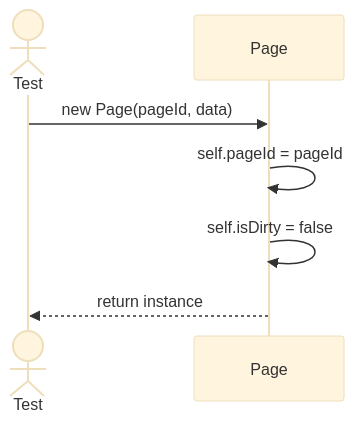
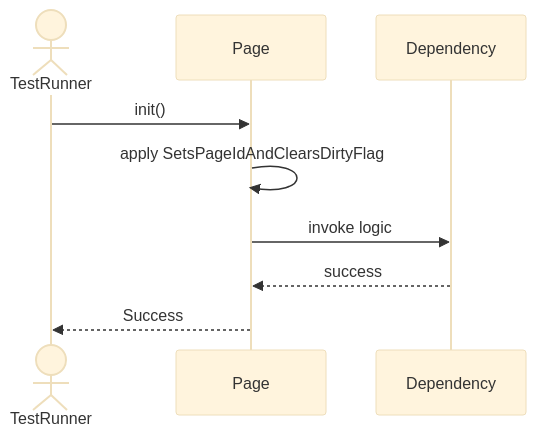
The first of 7 diagrams in Sequences/StorageEngine/Page.md (TamBui1706/DBMS), drawn with Mermaid (base theme) before and after one commit. The commit also changed other lines of this file and 63 other files, not shown here.

Commit message:
Draw sequence diagram for unit tests

````diff
--- a/Sequences/StorageEngine/Page.md
+++ b/Sequences/StorageEngine/Page.md
@@ -14,10 +22,10 @@
 ```mermaid
 sequenceDiagram
-    actor Test
+    actor TestRunner
     participant Page
-
-    Test->>Page: new Page(pageId, data)
-    Page->>Page: self.pageId = pageId
-    Page->>Page: self.isDirty = false
-    Page-->>Test: return instance
+    TestRunner->>Page: init()
+    Page->>Page: apply SetsPageIdAndClearsDirtyFlag
+    Page->>Dependency: invoke logic
+    Dependency-->>Page: success
+    Page-->>TestRunner: Success
 ```
````
